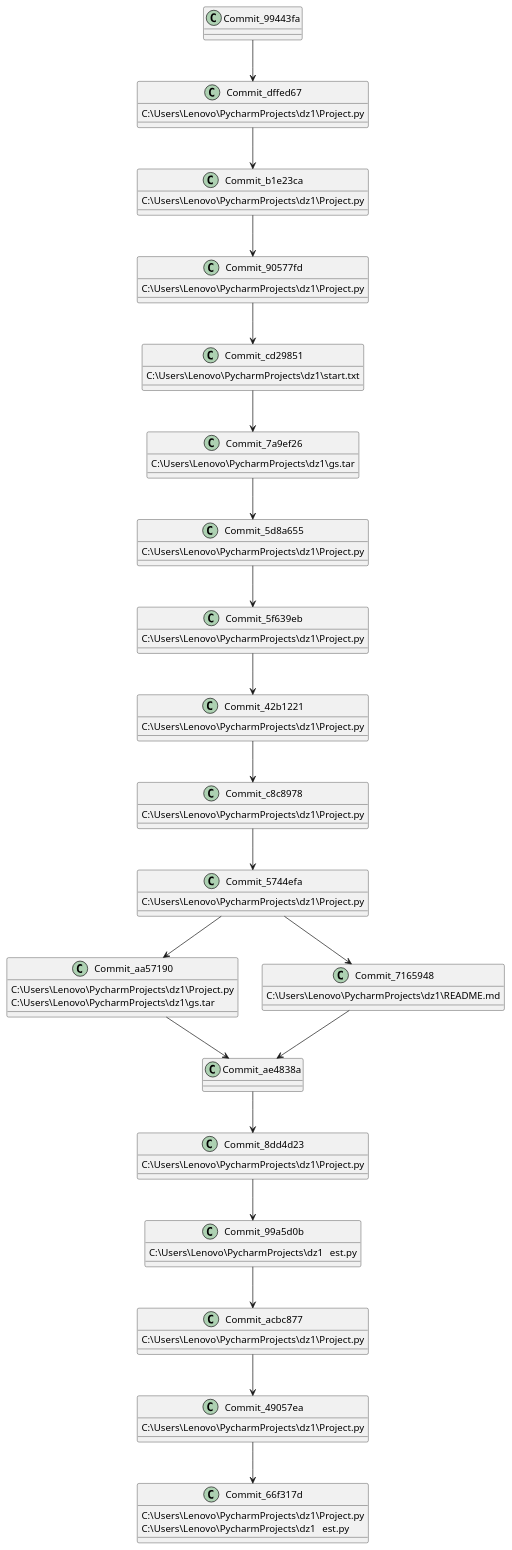
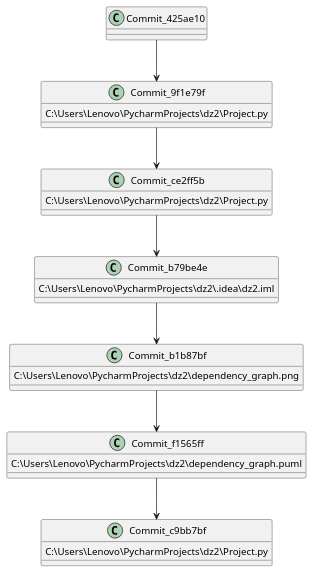
The diagram in dependency_graph.puml (sokdan13/dz2), drawn with PlantUML before and after one commit.

Commit message:
Код PUML

```diff
--- a/dependency_graph.puml
+++ b/dependency_graph.puml
@@ -1,78 +1,29 @@
 @startuml
-class Commit_66f317d {
-C:\\Users\\Lenovo\\PycharmProjects\\dz1\\Project.py\nC:\\Users\\Lenovo\\PycharmProjects\\dz1\\test.py
+class Commit_c9bb7bf {
+C:\\Users\\Lenovo\\PycharmProjects\\dz2\\Project.py
 }
-Commit_49057ea --> Commit_66f317d
-class Commit_49057ea {
-C:\\Users\\Lenovo\\PycharmProjects\\dz1\\Project.py
+Commit_f1565ff --> Commit_c9bb7bf
+class Commit_f1565ff {
+C:\\Users\\Lenovo\\PycharmProjects\\dz2\\dependency_graph.puml
 }
-Commit_acbc877 --> Commit_49057ea
-class Commit_acbc877 {
-C:\\Users\\Lenovo\\PycharmProjects\\dz1\\Project.py
+Commit_b1b87bf --> Commit_f1565ff
+class Commit_b1b87bf {
+C:\\Users\\Lenovo\\PycharmProjects\\dz2\\dependency_graph.png
 }
-Commit_99a5d0b --> Commit_acbc877
-class Commit_99a5d0b {
-C:\\Users\\Lenovo\\PycharmProjects\\dz1\\test.py
+Commit_b79be4e --> Commit_b1b87bf
+class Commit_b79be4e {
+C:\\Users\\Lenovo\\PycharmProjects\\dz2\\.idea\\dz2.iml
 }
-Commit_8dd4d23 --> Commit_99a5d0b
-class Commit_8dd4d23 {
-C:\\Users\\Lenovo\\PycharmProjects\\dz1\\Project.py
+Commit_ce2ff5b --> Commit_b79be4e
+class Commit_ce2ff5b {
+C:\\Users\\Lenovo\\PycharmProjects\\dz2\\Project.py
 }
-Commit_ae4838a --> Commit_8dd4d23
-class Commit_ae4838a {
-
+Commit_9f1e79f --> Commit_ce2ff5b
+class Commit_9f1e79f {
+C:\\Users\\Lenovo\\PycharmProjects\\dz2\\Project.py
 }
-Commit_aa57190 --> Commit_ae4838a
-Commit_7165948 --> Commit_ae4838a
-class Commit_aa57190 {
-C:\\Users\\Lenovo\\PycharmProjects\\dz1\\Project.py\nC:\\Users\\Lenovo\\PycharmProjects\\dz1\\gs.tar
-}
-Commit_5744efa --> Commit_aa57190
-class Commit_7165948 {
-C:\\Users\\Lenovo\\PycharmProjects\\dz1\\README.md
-}
-Commit_5744efa --> Commit_7165948
-class Commit_5744efa {
-C:\\Users\\Lenovo\\PycharmProjects\\dz1\\Project.py
-}
-Commit_c8c8978 --> Commit_5744efa
-class Commit_c8c8978 {
-C:\\Users\\Lenovo\\PycharmProjects\\dz1\\Project.py
-}
-Commit_42b1221 --> Commit_c8c8978
-class Commit_42b1221 {
-C:\\Users\\Lenovo\\PycharmProjects\\dz1\\Project.py
-}
-Commit_5f639eb --> Commit_42b1221
-class Commit_5f639eb {
-C:\\Users\\Lenovo\\PycharmProjects\\dz1\\Project.py
-}
-Commit_5d8a655 --> Commit_5f639eb
-class Commit_5d8a655 {
-C:\\Users\\Lenovo\\PycharmProjects\\dz1\\Project.py
-}
-Commit_7a9ef26 --> Commit_5d8a655
-class Commit_7a9ef26 {
-C:\\Users\\Lenovo\\PycharmProjects\\dz1\\gs.tar
-}
-Commit_cd29851 --> Commit_7a9ef26
-class Commit_cd29851 {
-C:\\Users\\Lenovo\\PycharmProjects\\dz1\\start.txt
-}
-Commit_90577fd --> Commit_cd29851
-class Commit_90577fd {
-C:\\Users\\Lenovo\\PycharmProjects\\dz1\\Project.py
-}
-Commit_b1e23ca --> Commit_90577fd
-class Commit_b1e23ca {
-C:\\Users\\Lenovo\\PycharmProjects\\dz1\\Project.py
-}
-Commit_dffed67 --> Commit_b1e23ca
-class Commit_dffed67 {
-C:\\Users\\Lenovo\\PycharmProjects\\dz1\\Project.py
-}
-Commit_99443fa --> Commit_dffed67
-class Commit_99443fa {
+Commit_425ae10 --> Commit_9f1e79f
+class Commit_425ae10 {
 
 }
 @enduml
```
